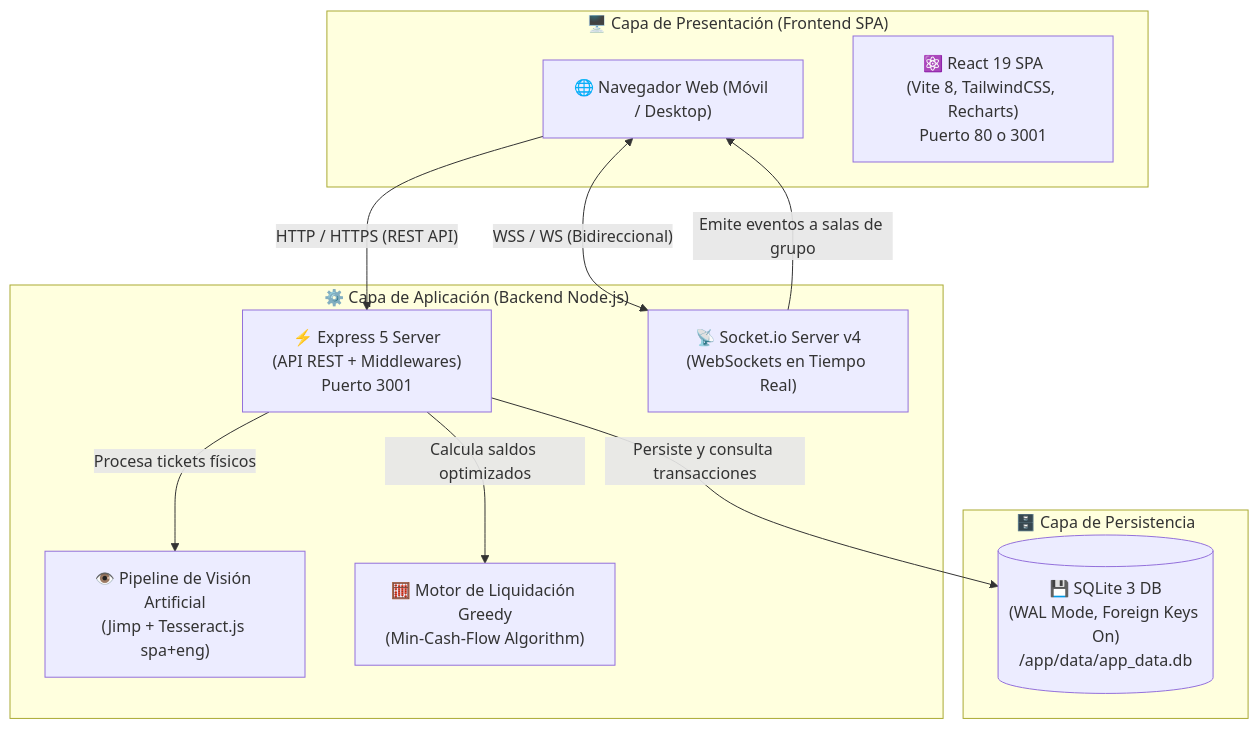
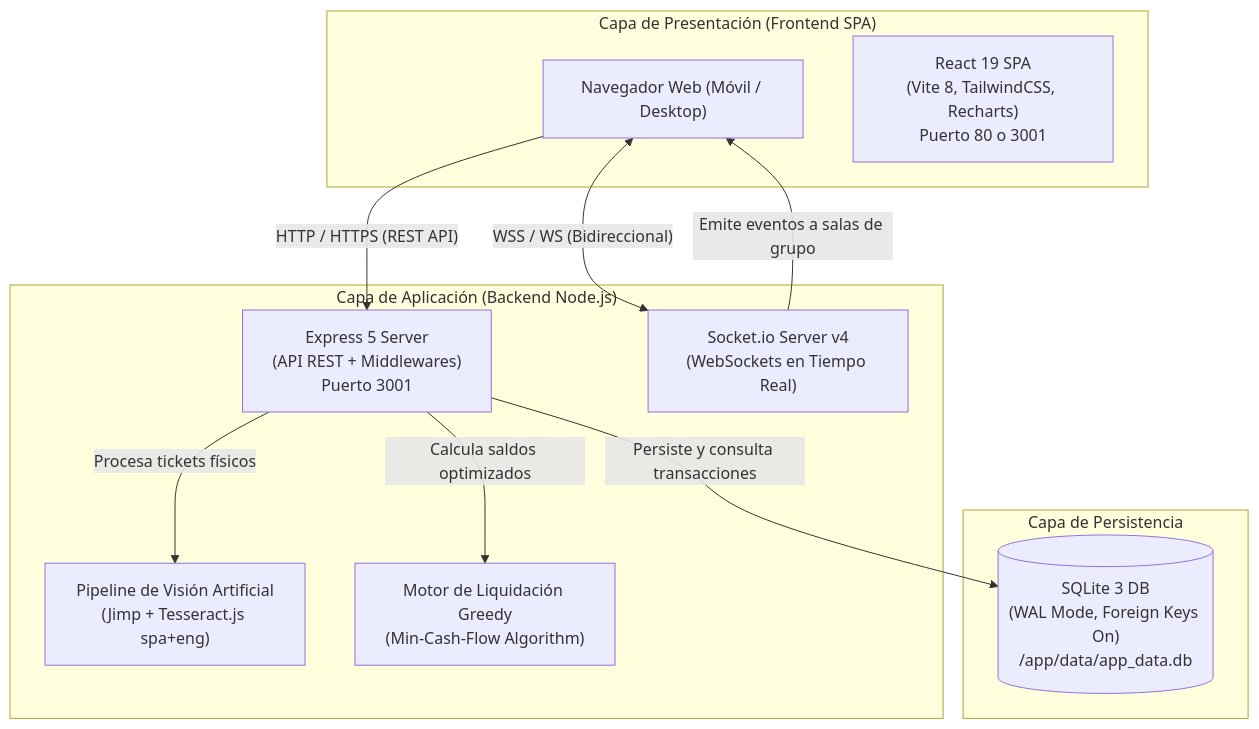
The second of 3 diagrams in docs/01_Arquitectura/Diagrama-C4-Sistema.md (SebzSGC/Control-Gastos), drawn with Mermaid before and after one commit. The commit also changed other lines of this file and 16 other files, not shown here.

````diff
--- a/docs/01_Arquitectura/Diagrama-C4-Sistema.md
+++ b/docs/01_Arquitectura/Diagrama-C4-Sistema.md
@@ -50,25 +50,25 @@
 ```mermaid
 flowchart TB
-    subgraph ClientLayer["🖥️ Capa de Presentación (Frontend SPA)"]
-        Browser["🌐 Navegador Web (Móvil / Desktop)"]
-        ReactApp["⚛️ React 19 SPA\n(Vite 8, TailwindCSS, Recharts)\nPuerto 80 o 3001"]
+    subgraph ClientLayer["Capa de Presentación (Frontend SPA)"]
+        Browser["Navegador Web (Móvil / Desktop)"]
+        ReactApp["React 19 SPA\n(Vite 8, TailwindCSS, Recharts)\nPuerto 80 o 3001"]
     end
 
-    subgraph ServerLayer["⚙️ Capa de Aplicación (Backend Node.js)"]
-        ExpressApp["⚡ Express 5 Server\n(API REST + Middlewares)\nPuerto 3001"]
-        SocketServer["📡 Socket.io Server v4\n(WebSockets en Tiempo Real)"]
-        VisionModule["👁️ Pipeline de Visión Artificial\n(Jimp + Tesseract.js spa+eng)"]
-        GreedyEngine["🧮 Motor de Liquidación Greedy\n(Min-Cash-Flow Algorithm)"]
+    subgraph ServerLayer["Capa de Aplicación (Backend Node.js)"]
+        ExpressApp["Express 5 Server\n(API REST + Middlewares)\nPuerto 3001"]
+        SocketServer["Socket.io Server v4\n(WebSockets en Tiempo Real)"]
+        VisionModule["Pipeline de Visión Artificial\n(Jimp + Tesseract.js spa+eng)"]
+        GreedyEngine["Motor de Liquidación Greedy\n(Min-Cash-Flow Algorithm)"]
     end
 
-    subgraph DataLayer["🗄️ Capa de Persistencia"]
-        SQLiteDB[("💾 SQLite 3 DB\n(WAL Mode, Foreign Keys On)\n/app/data/app_data.db")]
+    subgraph DataLayer["Capa de Persistencia"]
+        SQLiteDB[("SQLite 3 DB\n(WAL Mode, Foreign Keys On)\n/app/data/app_data.db")]
     end
 
     Browser -->|"HTTP / HTTPS (REST API)"| ExpressApp
     Browser <-->|"WSS / WS (Bidireccional)"| SocketServer
     ExpressApp -->|"Persiste y consulta transacciones"| SQLiteDB
     ExpressApp -->|"Procesa tickets físicos"| VisionModule
     ExpressApp -->|"Calcula saldos optimizados"| GreedyEngine
     SocketServer -->|"Emite eventos a salas de grupo"| Browser
 ```
````
